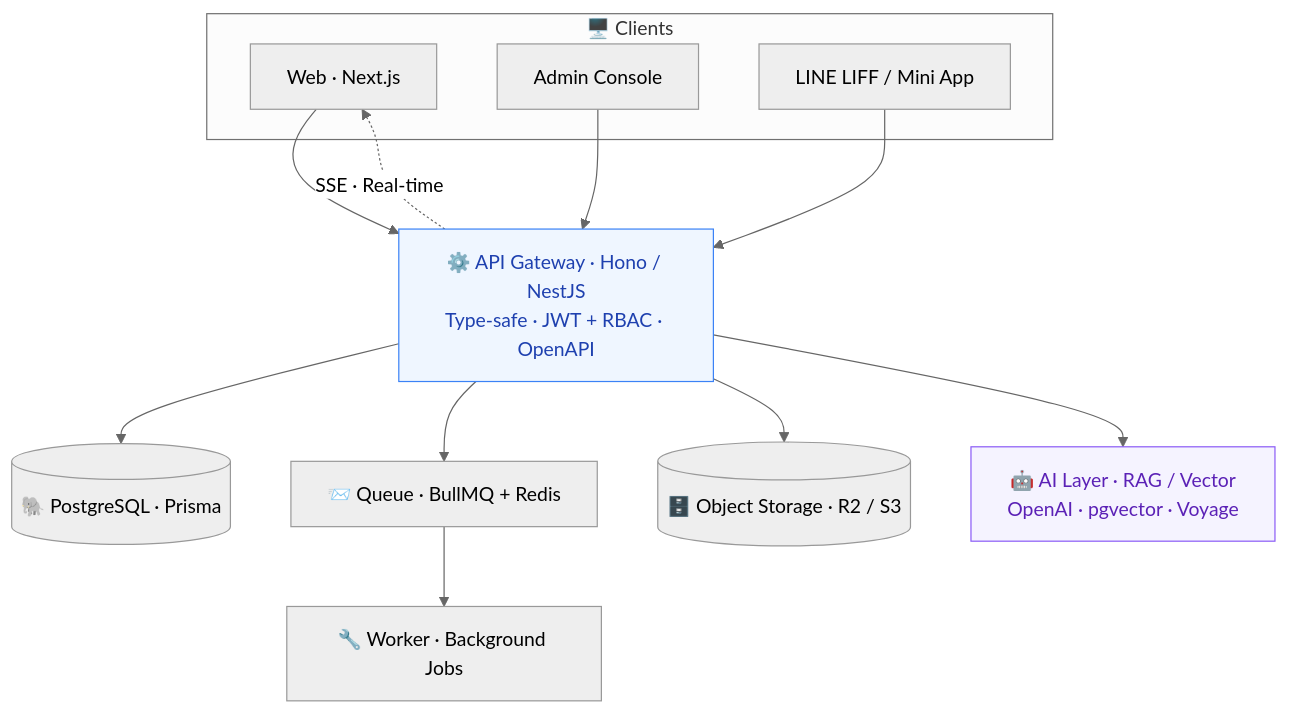
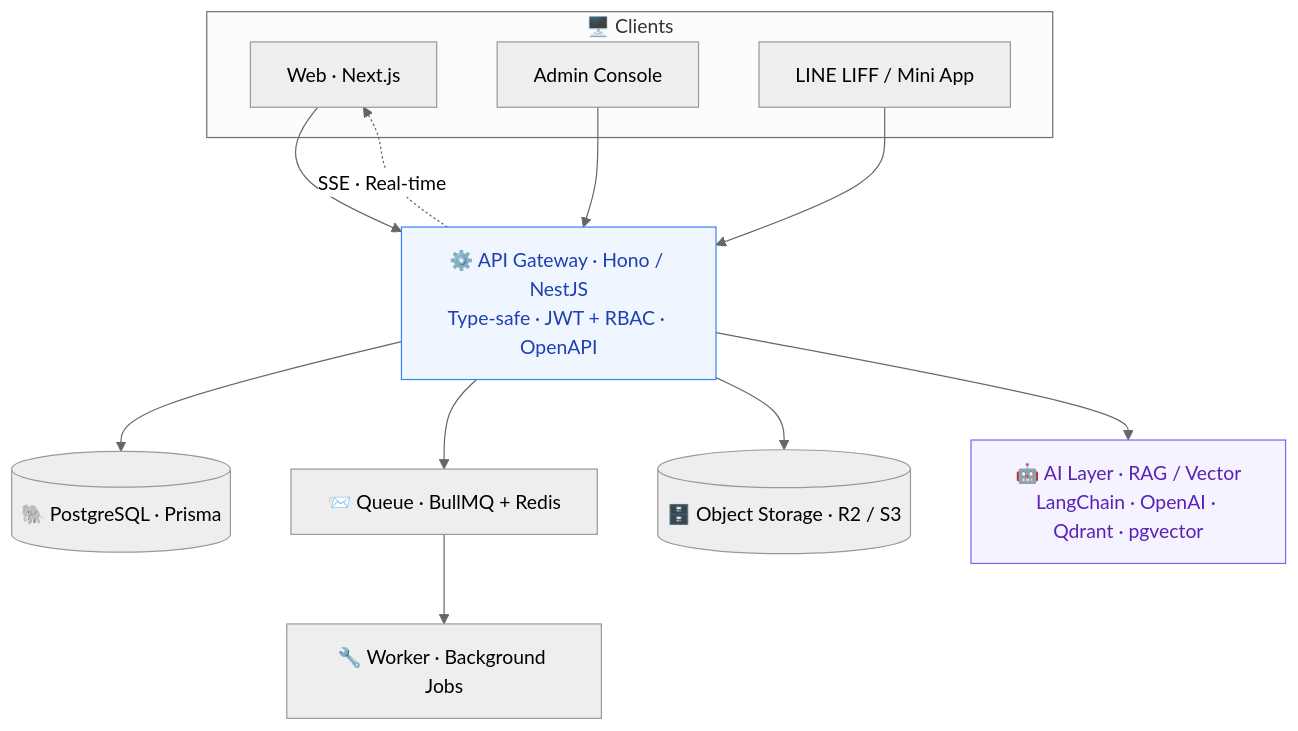
Before and after one commit to muhammmadhisam/profile-muhammadhisam: the diagram in README.md, drawn with Mermaid (neutral theme). The commit also changed other lines of this file and 2 other files, not shown here.

First line of the commit message:
docs: ปรับหมวดงานฟรีแลนซ์ และแก้ stack ของ Clinic RAG ให้ตรงกับของจริง

````diff
--- a/README.md
+++ b/README.md
@@ -50,26 +50,26 @@
 ```mermaid
 flowchart TD
     subgraph Clients["🖥️ Clients"]
         W["Web · Next.js"]
         A["Admin Console"]
         L["LINE LIFF / Mini App"]
     end
 
     W --> API
     A --> API
     L --> API
 
     API["⚙️ API Gateway · Hono / NestJS<br/>Type-safe · JWT + RBAC · OpenAPI"]
 
     API --> DB[("🐘 PostgreSQL · Prisma")]
     API --> Q["📨 Queue · BullMQ + Redis"]
     Q --> WK["🔧 Worker · Background Jobs"]
     API --> ST[("🗄️ Object Storage · R2 / S3")]
-    API --> AI["🤖 AI Layer · RAG / Vector<br/>OpenAI · pgvector · Voyage"]
+    API --> AI["🤖 AI Layer · RAG / Vector<br/>LangChain · OpenAI · Qdrant · pgvector"]
     API -. "SSE · Real-time" .-> W
 
     classDef api fill:#eff6ff,stroke:#3b82f6,color:#1e40af;
     classDef ai fill:#f5f3ff,stroke:#8b5cf6,color:#5b21b6;
     class API api;
     class AI ai;
 ```
````
